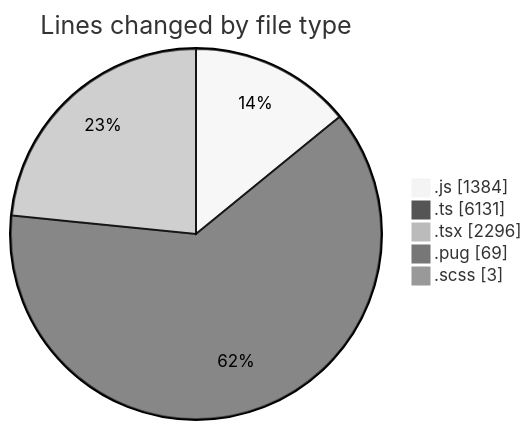
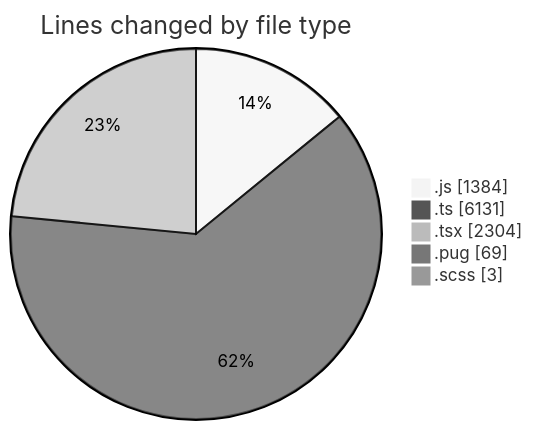
Before and after one commit to momahboobian/code-tracking: the first of 2 diagrams in 2025-03-25/cda/README.md, drawn with Mermaid (neutral theme). The commit also changed other lines of this file and 1 other file, not shown here.

````diff
--- a/2025-03-25/cda/README.md
+++ b/2025-03-25/cda/README.md
@@ -38,9 +38,9 @@
 ```mermaid
 pie showData
 title Lines changed by file type
 ".js" : 1384
 ".ts" : 6131
-".tsx" : 2296
+".tsx" : 2304
 ".pug" : 69
 ".scss" : 3
 ```
````
